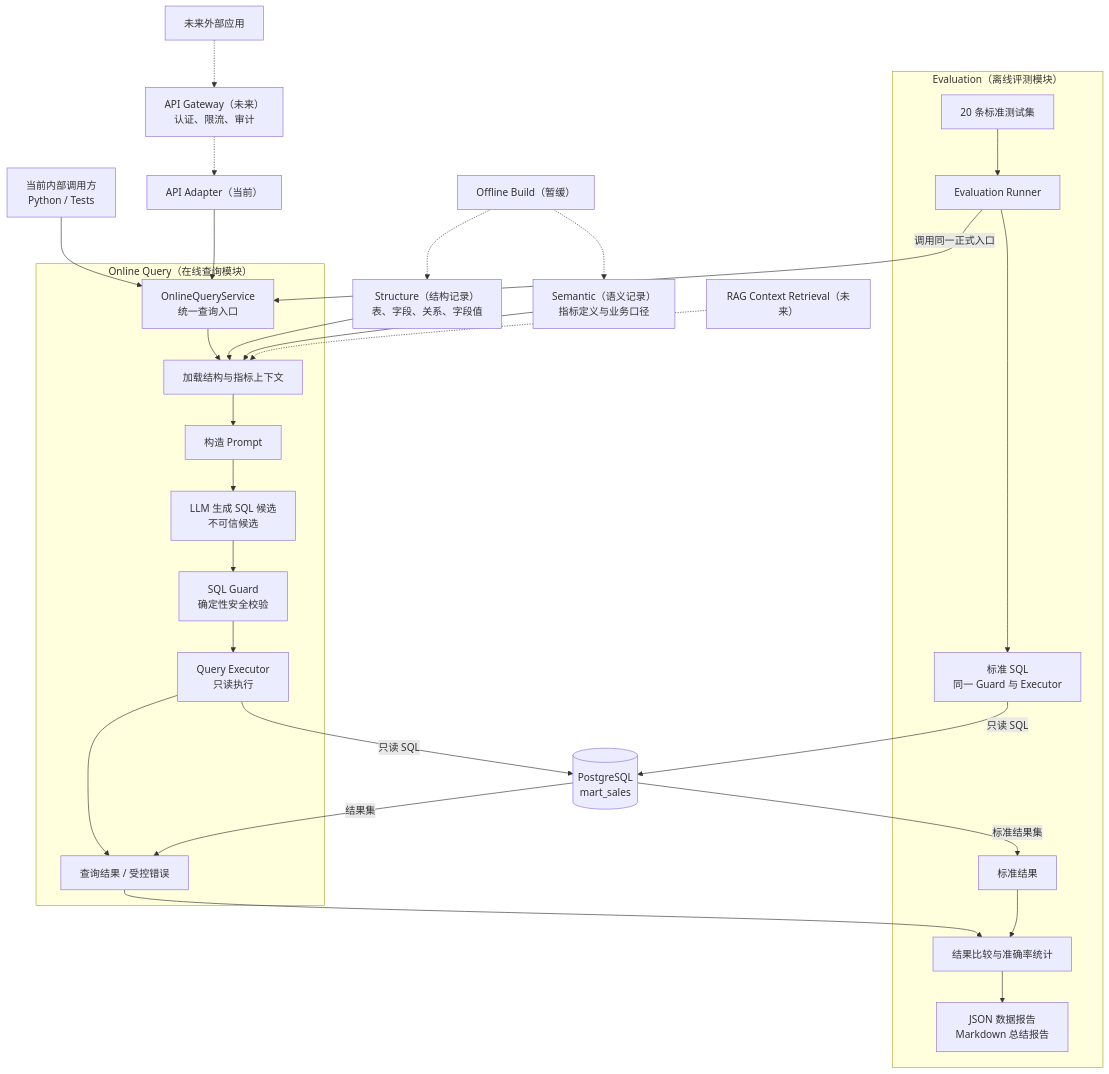
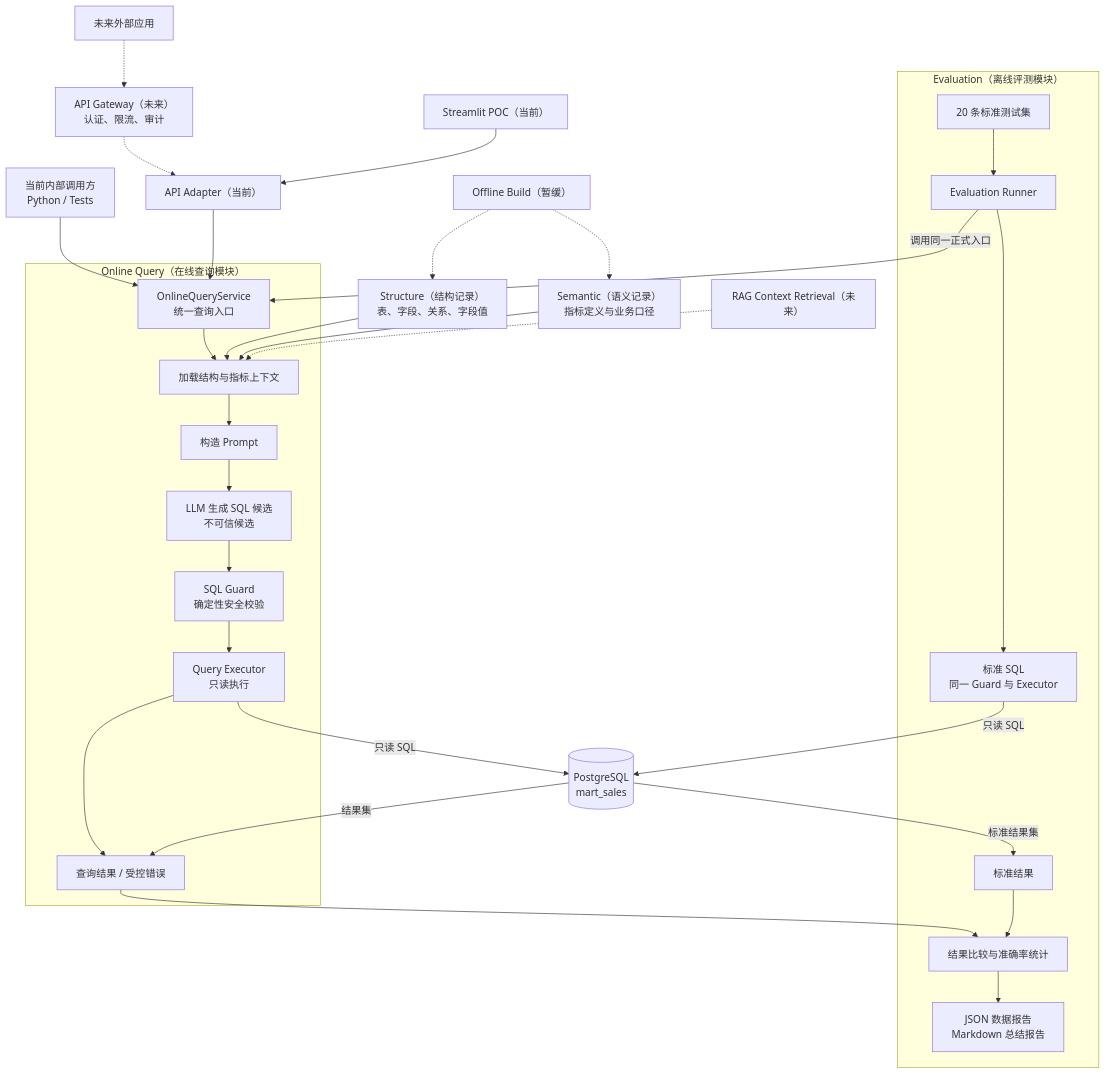
One commit to K999999999999/chatbi changed the first of 3 diagrams in docs/architecture.md. Above: the diagram before and after it, drawn with Mermaid. The commit also changed other lines of this file and 7 other files, not shown here.

````diff
--- a/docs/architecture.md
+++ b/docs/architecture.md
@@ -23,37 +27,38 @@
 ```mermaid
 flowchart TB
     InternalCaller["当前内部调用方<br/>Python / Tests"] --> Service
     ExternalCaller["未来外部应用"] -.-> Gateway
     Gateway["API Gateway（未来）<br/>认证、限流、审计"] -.-> API
     API["API Adapter（当前）"] --> Service
+    Streamlit["Streamlit POC（当前）"] --> API
 
     subgraph OnlineQuery["Online Query（在线查询模块）"]
         Service["OnlineQueryService<br/>统一查询入口"] --> Context["加载结构与指标上下文"]
         Context --> Prompt["构造 Prompt"]
         Prompt --> LLM["LLM 生成 SQL 候选<br/>不可信候选"]
         LLM --> Guard["SQL Guard<br/>确定性安全校验"]
         Guard --> Executor["Query Executor<br/>只读执行"]
         Executor --> Result["查询结果 / 受控错误"]
     end
 
     Structure["Structure（结构记录）<br/>表、字段、关系、字段值"] --> Context
     Metrics["Semantic（语义记录）<br/>指标定义与业务口径"] --> Context
     Executor -->|"只读 SQL"| Database[("PostgreSQL<br/>mart_sales")]
     Database -->|"结果集"| Result
 
     subgraph EvaluationFlow["Evaluation（离线评测模块）"]
         Cases["20 条标准测试集"] --> Runner["Evaluation Runner"]
         Runner -->|"调用同一正式入口"| Service
         Runner --> Reference["标准 SQL<br/>同一 Guard 与 Executor"]
         ReferenceResult["标准结果"]
         Result --> Compare["结果比较与准确率统计"]
         ReferenceResult --> Compare
         Compare --> Reports["JSON 数据报告<br/>Markdown 总结报告"]
     end
 
     Reference -->|"只读 SQL"| Database
     Database -->|"标准结果集"| ReferenceResult
     OfflineBuild["Offline Build（暂缓）"] -.-> Structure
     OfflineBuild -.-> Metrics
     RAG["RAG Context Retrieval（未来）"] -.-> Context
 ```
````
